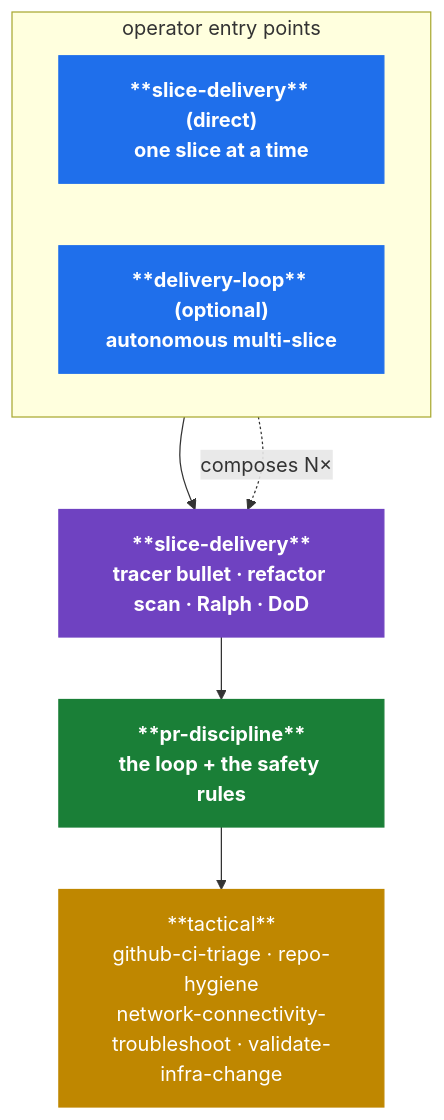
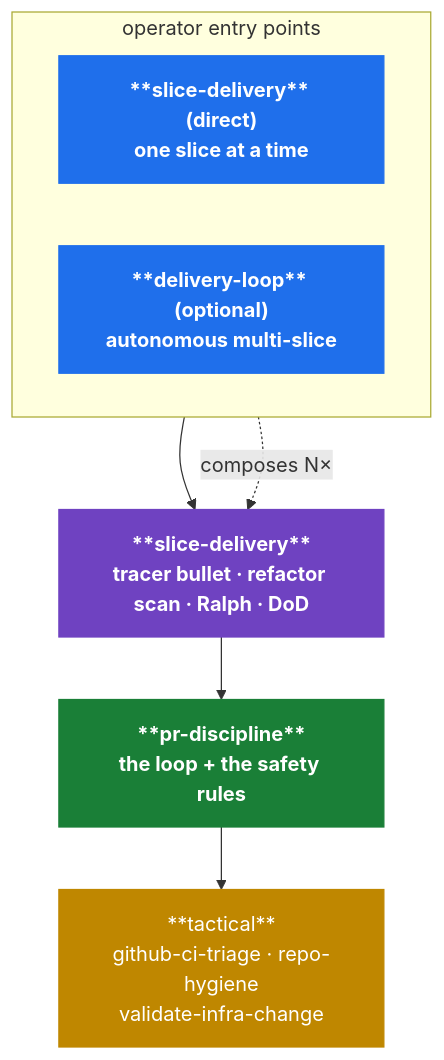
One commit to ujjaval-verma/skills changed the diagram in README.md. Above: the diagram before and after it, drawn with Mermaid. The commit also changed other lines of this file and 3 other files, not shown here.

First line of the commit message:
chore(network-connectivity-troubleshoot): remove skill (#29)

````diff
--- a/README.md
+++ b/README.md
@@ -100,22 +98,22 @@
 ```mermaid
 flowchart TD
     classDef entry fill:#1f6feb,stroke:#1f6feb,color:#fff,font-weight:bold
     classDef exec fill:#6f42c1,stroke:#6f42c1,color:#fff,font-weight:bold
     classDef pr fill:#1a7f37,stroke:#1a7f37,color:#fff,font-weight:bold
     classDef tactical fill:#bf8700,stroke:#bf8700,color:#fff
 
     subgraph EP["operator entry points"]
         direction LR
         direct["**slice-delivery** (direct)<br/>one slice at a time"]:::entry
         loop["**delivery-loop** (optional)<br/>autonomous multi-slice"]:::entry
     end
 
     slice["**slice-delivery**<br/>tracer bullet · refactor scan · Ralph · DoD"]:::exec
     pr["**pr-discipline**<br/>the loop + the safety rules"]:::pr
-    tactical["**tactical**<br/>github-ci-triage · repo-hygiene<br/>network-connectivity-troubleshoot · validate-infra-change"]:::tactical
+    tactical["**tactical**<br/>github-ci-triage · repo-hygiene<br/>validate-infra-change"]:::tactical
 
     direct --> slice
     loop -. "composes N×" .-> slice
     slice --> pr
     pr --> tactical
 ```
````
